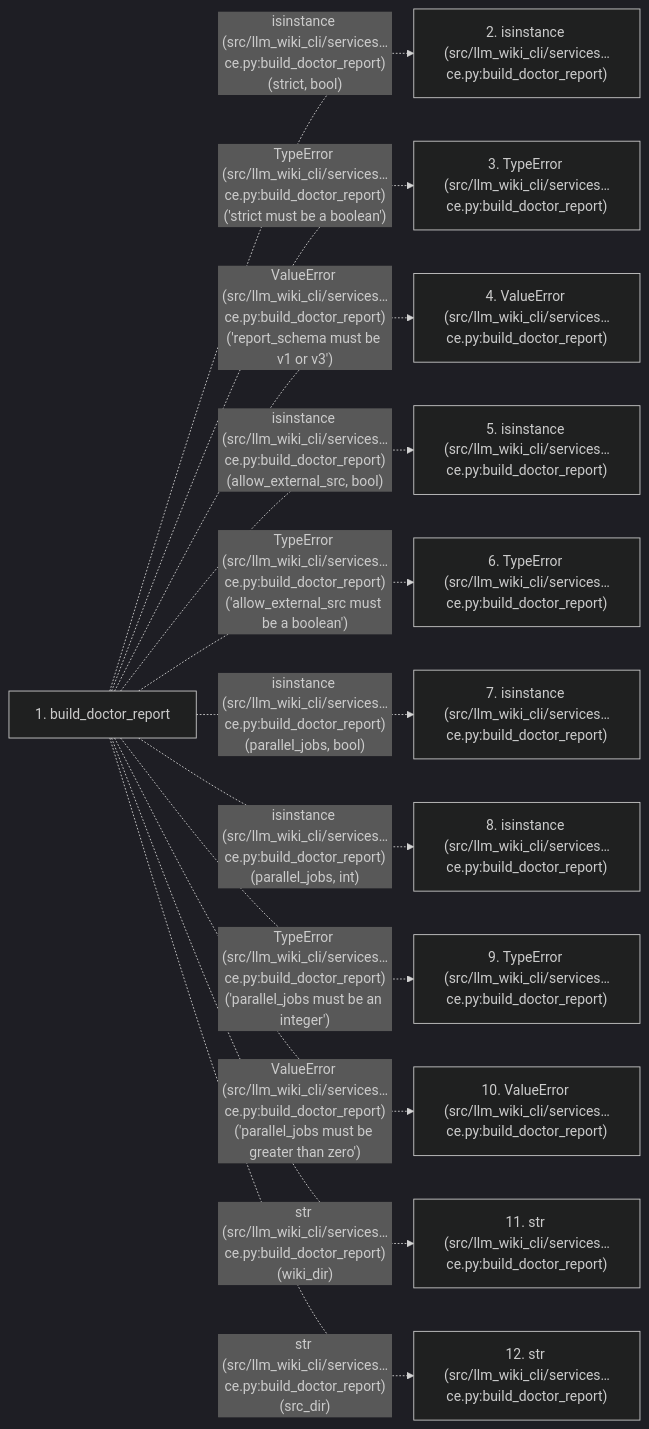
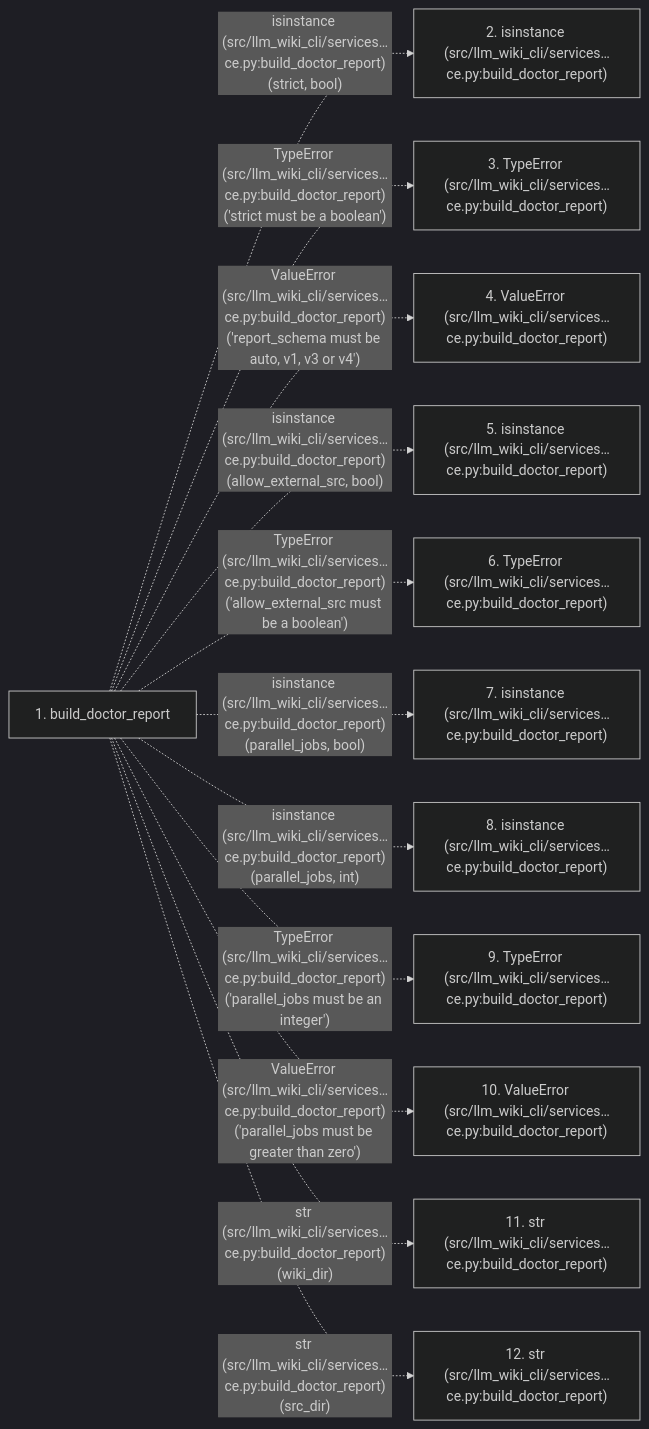
The second of 2 diagrams in docs/llm_wiki/flows/api-build_doctor_report.md (Denissvgn/python-wiki-llm), drawn with Mermaid (dark theme) before and after one commit. The commit also changed other lines of this file and 391 other files, not shown here.

````diff
--- a/docs/llm_wiki/flows/api-build_doctor_report.md
+++ b/docs/llm_wiki/flows/api-build_doctor_report.md
@@ -128,27 +130,27 @@
 ```mermaid
 flowchart LR
     s1["1. build_doctor_report"]
     s2["2. isinstance (src/llm_wiki_cli/services…ce.py:build_doctor_report)"]
     s3["3. TypeError (src/llm_wiki_cli/services…ce.py:build_doctor_report)"]
     s4["4. ValueError (src/llm_wiki_cli/services…ce.py:build_doctor_report)"]
     s5["5. isinstance (src/llm_wiki_cli/services…ce.py:build_doctor_report)"]
     s6["6. TypeError (src/llm_wiki_cli/services…ce.py:build_doctor_report)"]
     s7["7. isinstance (src/llm_wiki_cli/services…ce.py:build_doctor_report)"]
     s8["8. isinstance (src/llm_wiki_cli/services…ce.py:build_doctor_report)"]
     s9["9. TypeError (src/llm_wiki_cli/services…ce.py:build_doctor_report)"]
     s10["10. ValueError (src/llm_wiki_cli/services…ce.py:build_doctor_report)"]
     s11["11. str (src/llm_wiki_cli/services…ce.py:build_doctor_report)"]
     s12["12. str (src/llm_wiki_cli/services…ce.py:build_doctor_report)"]
     s1 -. "isinstance (src/llm_wiki_cli/services…ce.py:build_doctor_report)(strict, bool)" .-> s2
     s1 -. "TypeError (src/llm_wiki_cli/services…ce.py:build_doctor_report)('strict must be a boolean')" .-> s3
-    s1 -. "ValueError (src/llm_wiki_cli/services…ce.py:build_doctor_report)('report_schema must be v1 or v3')" .-> s4
+    s1 -. "ValueError (src/llm_wiki_cli/services…ce.py:build_doctor_report)('report_schema must be auto, v1, v3 or v4')" .-> s4
     s1 -. "isinstance (src/llm_wiki_cli/services…ce.py:build_doctor_report)(allow_external_src, bool)" .-> s5
     s1 -. "TypeError (src/llm_wiki_cli/services…ce.py:build_doctor_report)('allow_external_src must be a boolean')" .-> s6
     s1 -. "isinstance (src/llm_wiki_cli/services…ce.py:build_doctor_report)(parallel_jobs, bool)" .-> s7
     s1 -. "isinstance (src/llm_wiki_cli/services…ce.py:build_doctor_report)(parallel_jobs, int)" .-> s8
     s1 -. "TypeError (src/llm_wiki_cli/services…ce.py:build_doctor_report)('parallel_jobs must be an integer')" .-> s9
     s1 -. "ValueError (src/llm_wiki_cli/services…ce.py:build_doctor_report)('parallel_jobs must be greater than zero')" .-> s10
     s1 -. "str (src/llm_wiki_cli/services…ce.py:build_doctor_report)(wiki_dir)" .-> s11
     s1 -. "str (src/llm_wiki_cli/services…ce.py:build_doctor_report)(src_dir)" .-> s12
     click s1 "../modules/doctor_service.md"
 ```
````
